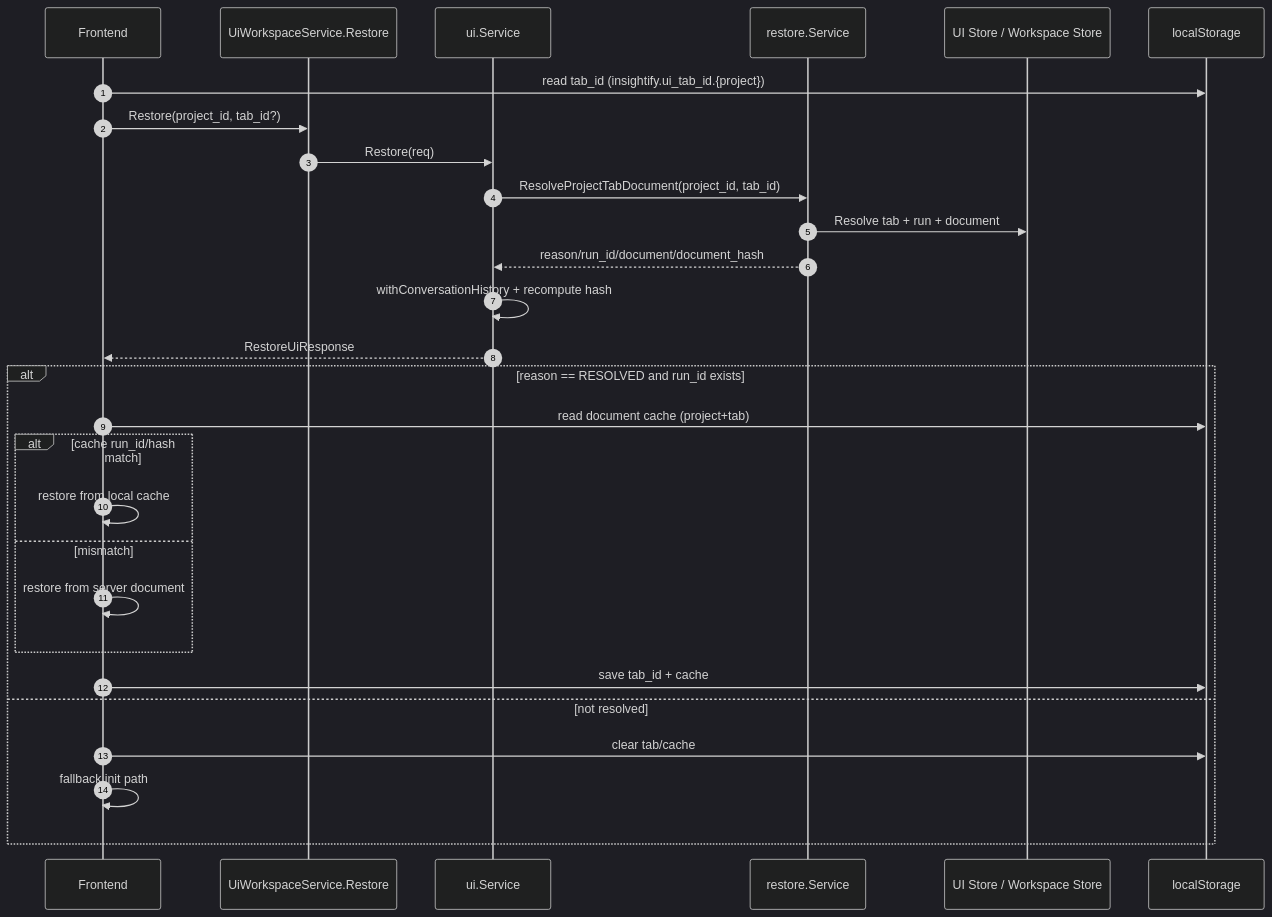
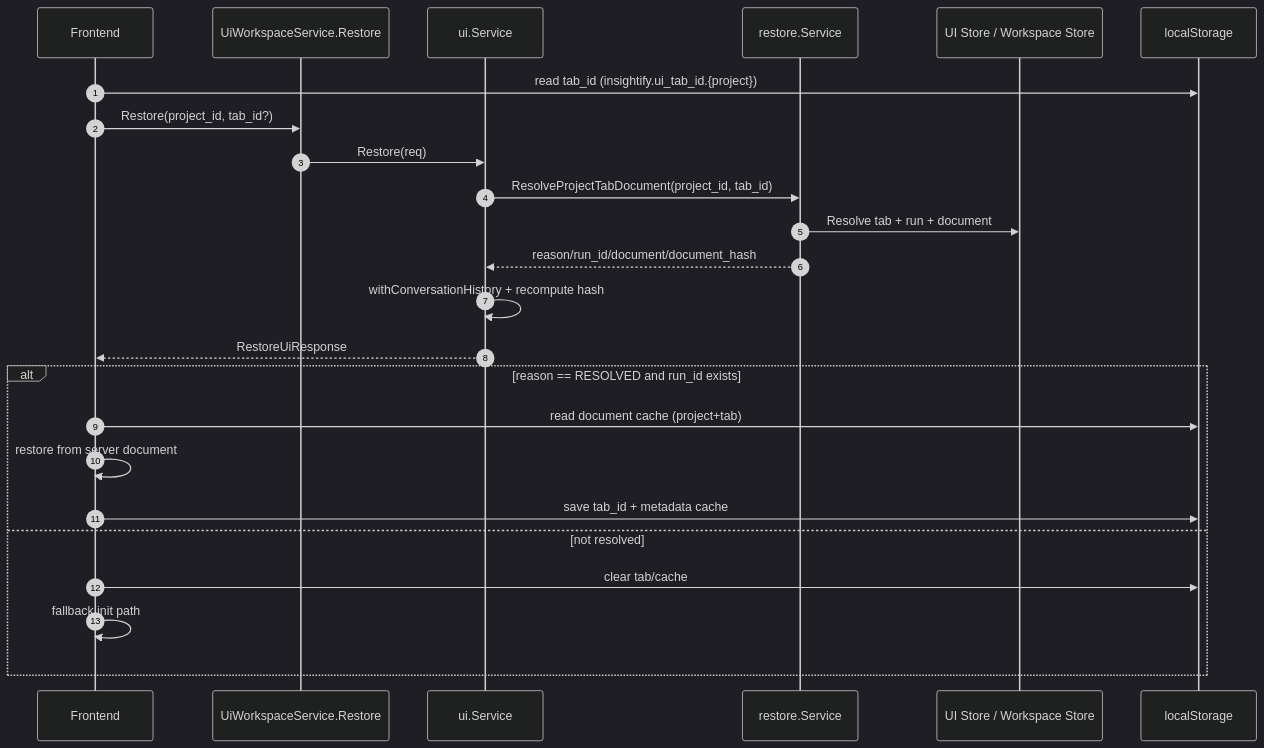
Before and after one commit to Keyhole-Koro/InsightifyCore: the first of 2 diagrams in docs/ui_restore_cache_flow.md, drawn with Mermaid (dark theme). The commit also changed other lines of this file and 20 other files, not shown here.

````diff
--- a/docs/ui_restore_cache_flow.md
+++ b/docs/ui_restore_cache_flow.md
@@ -127,32 +126,28 @@
 ```mermaid
 sequenceDiagram
   autonumber
   participant UI as Frontend
   participant WS as UiWorkspaceService.Restore
   participant US as ui.Service
   participant RS as restore.Service
   participant DB as UI Store / Workspace Store
   participant LS as localStorage
 
   UI->>LS: read tab_id (insightify.ui_tab_id.{project})
   UI->>WS: Restore(project_id, tab_id?)
   WS->>US: Restore(req)
   US->>RS: ResolveProjectTabDocument(project_id, tab_id)
   RS->>DB: Resolve tab + run + document
   RS-->>US: reason/run_id/document/document_hash
   US->>US: withConversationHistory + recompute hash
   US-->>UI: RestoreUiResponse
 
   alt reason == RESOLVED and run_id exists
     UI->>LS: read document cache (project+tab)
-    alt cache run_id/hash match
-      UI->>UI: restore from local cache
-    else mismatch
-      UI->>UI: restore from server document
-    end
-    UI->>LS: save tab_id + cache
+    UI->>UI: restore from server document
+    UI->>LS: save tab_id + metadata cache
   else not resolved
     UI->>LS: clear tab/cache
     UI->>UI: fallback init path
   end
 ```
````
